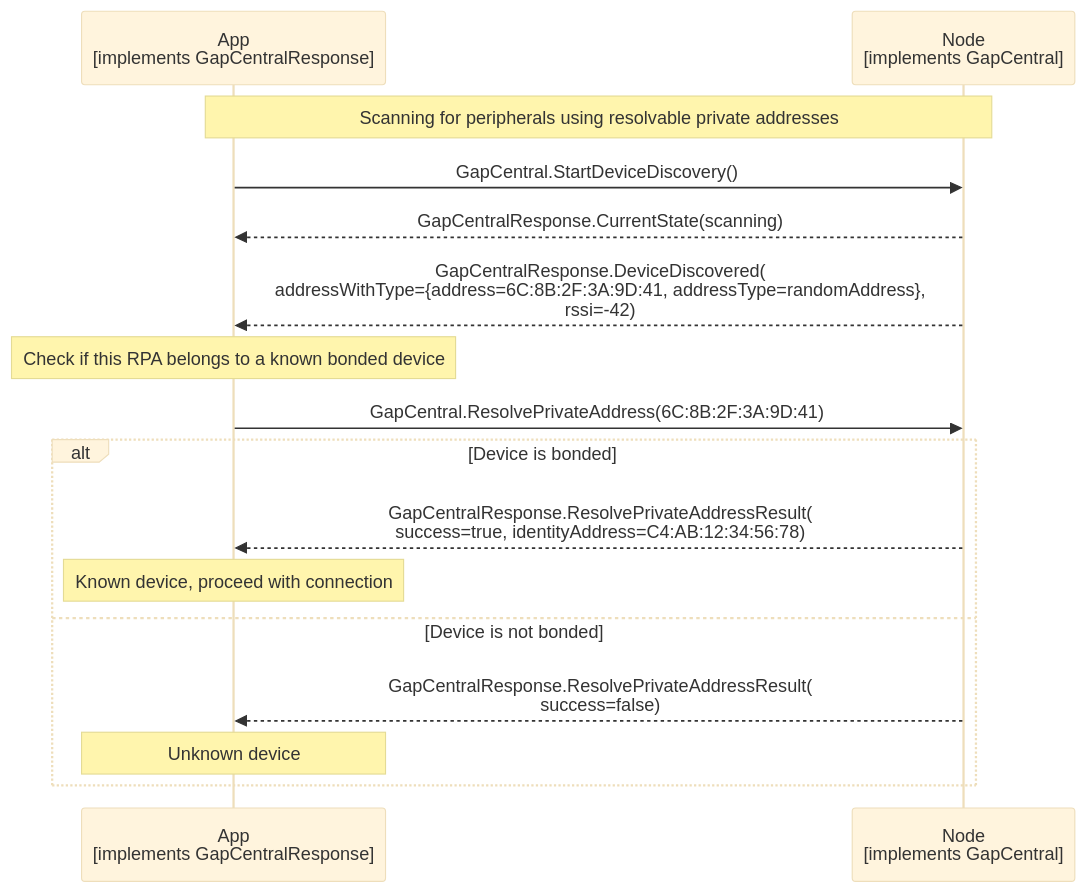
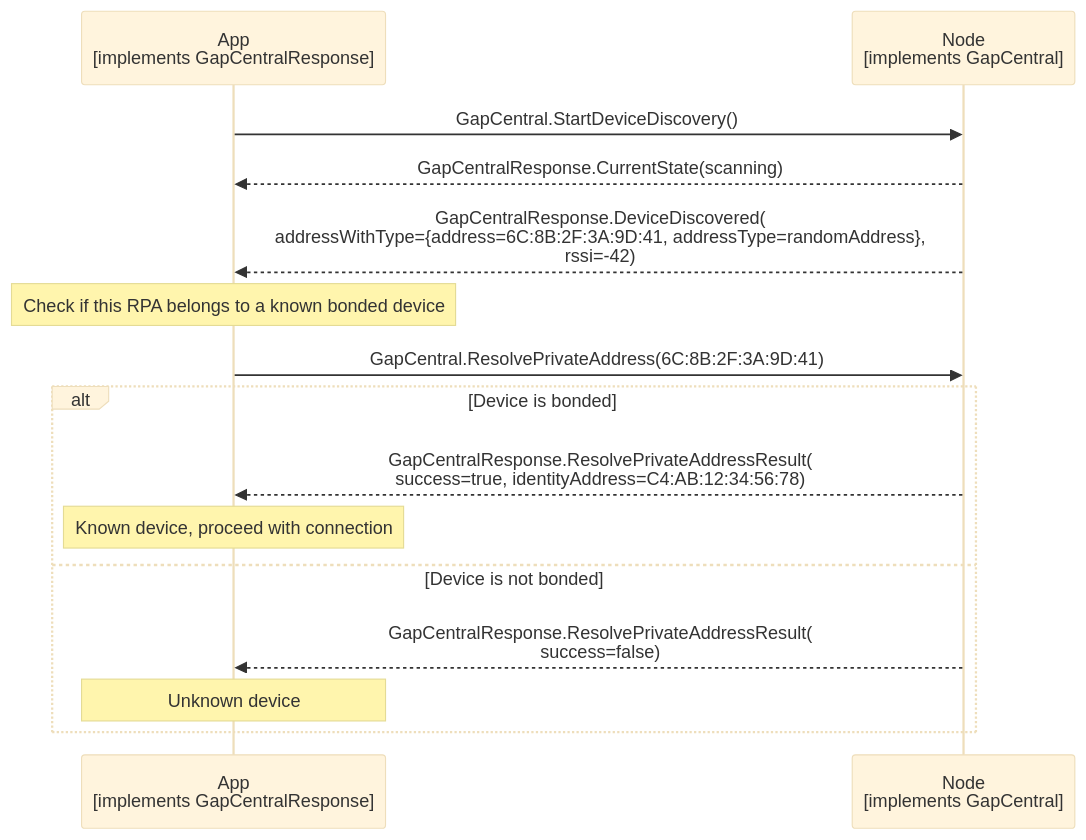
Before and after one commit to philips-software/amp-embedded-infra-lib: the diagram in documents/modules/ROOT/partials/echoservices/gap_central/GapCentral_IdentifyBondedDevice_sequence.mmd, drawn with Mermaid (base theme). The commit also changed 28 other files, not shown here.

```diff
--- a/documents/modules/ROOT/partials/echoservices/gap_central/GapCentral_IdentifyBondedDevice_sequence.mmd
+++ b/documents/modules/ROOT/partials/echoservices/gap_central/GapCentral_IdentifyBondedDevice_sequence.mmd
@@ -1,21 +1,19 @@
 sequenceDiagram
     participant App as App<br>[implements GapCentralResponse]
     participant Node as Node<br>[implements GapCentral]
-
-    Note over App, Node: Scanning for peripherals using resolvable private addresses
 
     App->>Node: GapCentral.StartDeviceDiscovery()
     Node-->>App: GapCentralResponse.CurrentState(scanning)
     Node-->>App: GapCentralResponse.DeviceDiscovered(<br>addressWithType={address=6C:8B:2F:3A:9D:41, addressType=randomAddress},<br>rssi=-42)
 
     Note over App: Check if this RPA belongs to a known bonded device
 
     App->>Node: GapCentral.ResolvePrivateAddress(6C:8B:2F:3A:9D:41)
 
     alt Device is bonded
         Node-->>App: GapCentralResponse.ResolvePrivateAddressResult(<br>success=true, identityAddress=C4:AB:12:34:56:78)
         Note over App: Known device, proceed with connection
     else Device is not bonded
         Node-->>App: GapCentralResponse.ResolvePrivateAddressResult(<br>success=false)
         Note over App: Unknown device
     end
```
